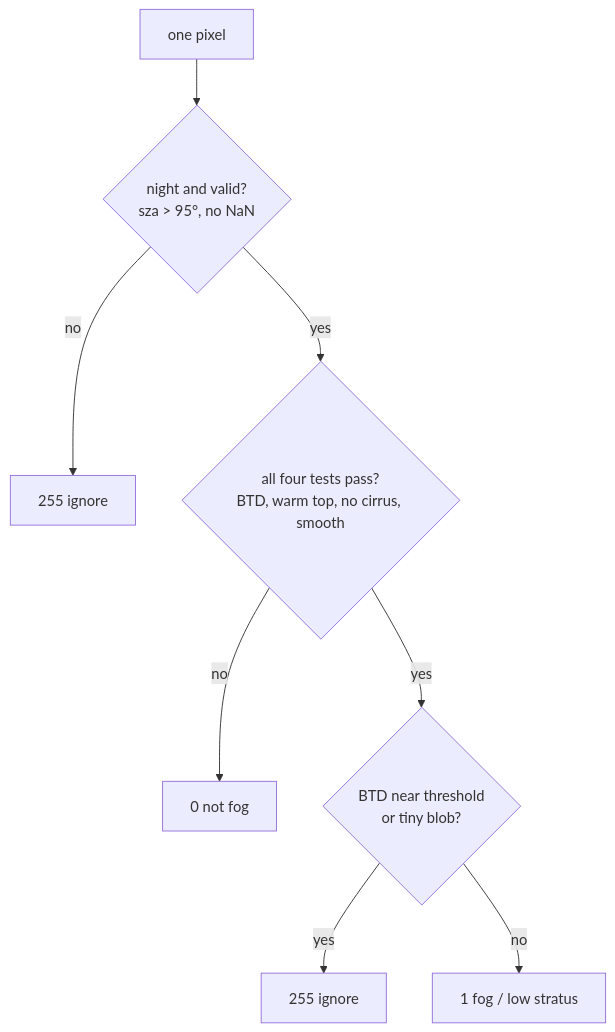
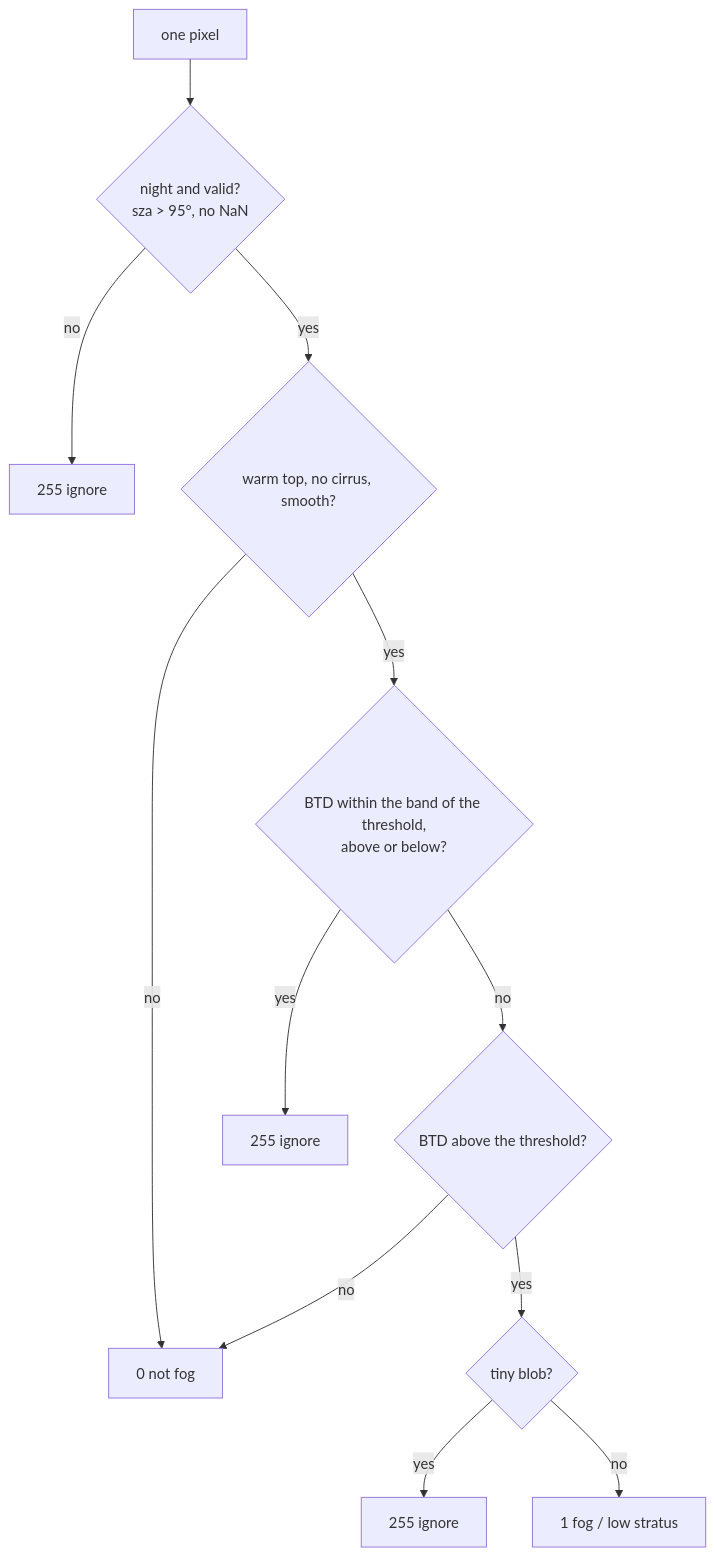
Before and after one commit to muhammettcepi/seviri-fog-segmentation: the second of 2 diagrams in docs/superpowers/specs/2026-10-18-fog-labels-design.md, drawn with Mermaid.

Commit message:
Show the symmetric band in the spec's labelling flowchart

````diff
--- a/docs/superpowers/specs/2026-10-18-fog-labels-design.md
+++ b/docs/superpowers/specs/2026-10-18-fog-labels-design.md
@@ -86,10 +86,14 @@
 ```mermaid
 flowchart TD
     px["one pixel"] --> trust{"night and valid?<br/>sza > 95°, no NaN"}
     trust -- no --> ignore1["255 ignore"]
-    trust -- yes --> fog{"all four tests pass?<br/>BTD, warm top, no cirrus, smooth"}
-    fog -- no --> zero["0 not fog"]
-    fog -- yes --> clean{"BTD near threshold<br/>or tiny blob?"}
-    clean -- yes --> ignore2["255 ignore"]
-    clean -- no --> one["1 fog / low stratus"]
+    trust -- yes --> other{"warm top, no cirrus, smooth?"}
+    other -- no --> zero["0 not fog"]
+    other -- yes --> band{"BTD within the band of the threshold,<br/>above or below?"}
+    band -- yes --> ignore2["255 ignore"]
+    band -- no --> high{"BTD above the threshold?"}
+    high -- no --> zero
+    high -- yes --> tiny{"tiny blob?"}
+    tiny -- yes --> ignore3["255 ignore"]
+    tiny -- no --> one["1 fog / low stratus"]
 ```
````
